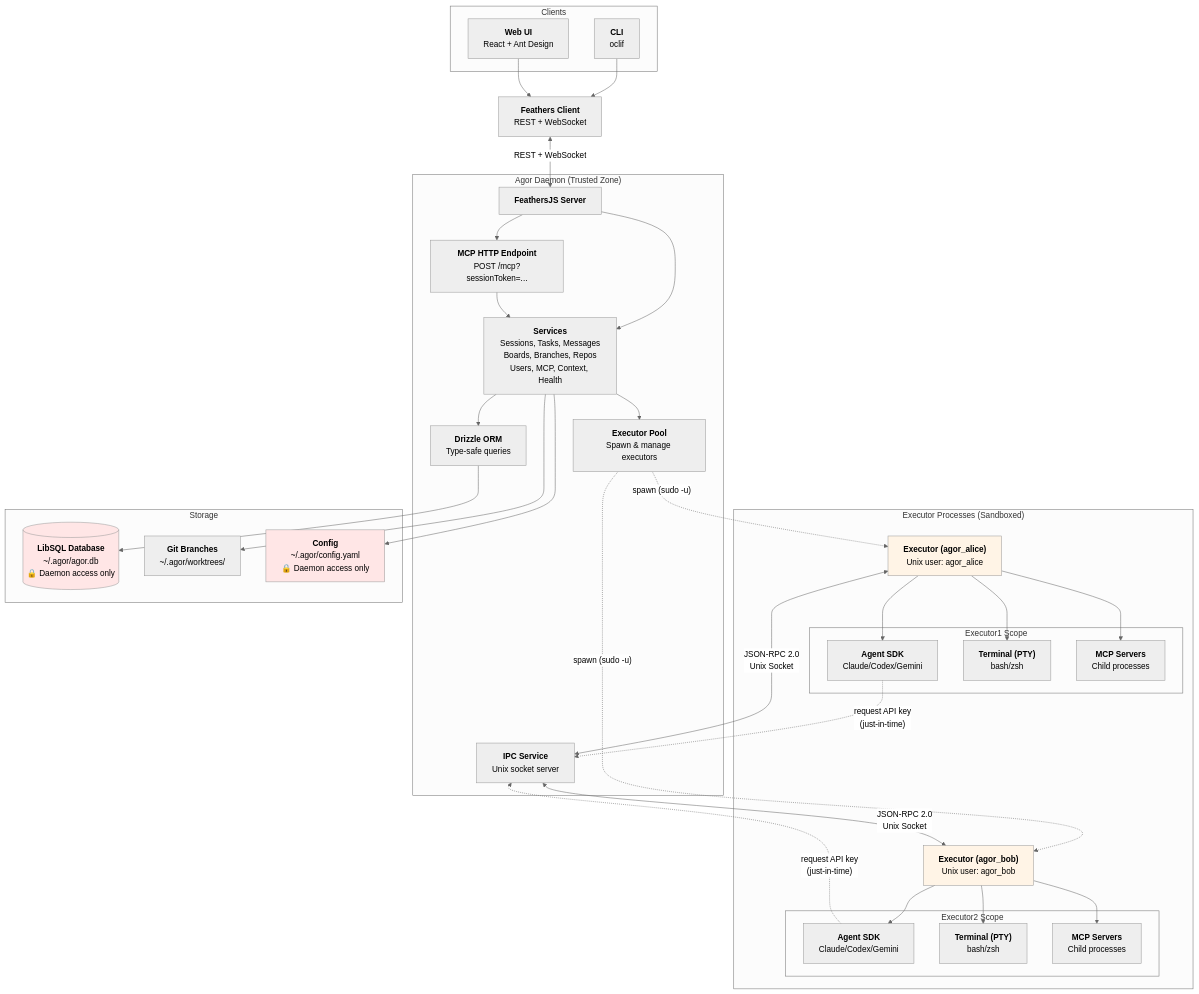
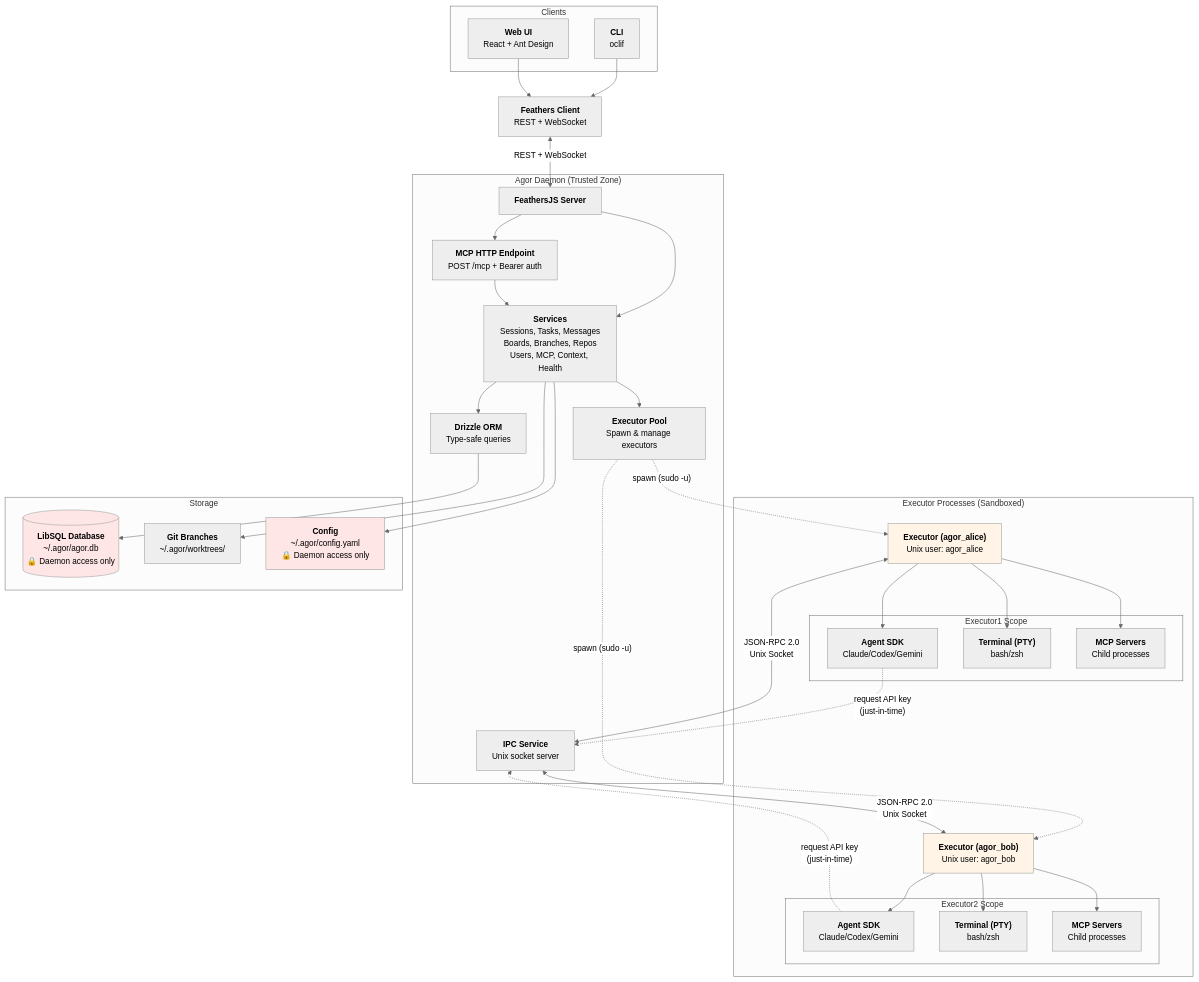
One commit to preset-io/agor changed the first of 2 diagrams in apps/agor-docs/content/guide/architecture.mdx. Above: the diagram before and after it, drawn with Mermaid (neutral theme). The commit also changed 45 other files, not shown here.

````diff
--- a/apps/agor-docs/content/guide/architecture.mdx
+++ b/apps/agor-docs/content/guide/architecture.mdx
@@ -16,77 +16,77 @@
 ```mermaid
 graph TB
     subgraph Clients
         CLI["<b>CLI</b><br/>oclif"]
         UI["<b>Web UI</b><br/>React + Ant Design"]
     end
 
     Client["<b>Feathers Client</b><br/>REST + WebSocket"]
 
     subgraph "Agor Daemon (Trusted Zone)"
         Feathers["<b>FeathersJS Server</b>"]
-        MCP["<b>MCP HTTP Endpoint</b><br/>POST /mcp?sessionToken=..."]
+        MCP["<b>MCP HTTP Endpoint</b><br/>POST /mcp + Bearer auth"]
         Services["<b>Services</b><br/>Sessions, Tasks, Messages<br/>Boards, Branches, Repos<br/>Users, MCP, Context, Health"]
         ExecutorPool["<b>Executor Pool</b><br/>Spawn & manage executors"]
         IPCService["<b>IPC Service</b><br/>Unix socket server"]
         ORM["<b>Drizzle ORM</b><br/>Type-safe queries"]
     end
 
     subgraph "Executor Processes (Sandboxed)"
         Executor1["<b>Executor (agor_alice)</b><br/>Unix user: agor_alice"]
         Executor2["<b>Executor (agor_bob)</b><br/>Unix user: agor_bob"]
 
         subgraph "Executor1 Scope"
             SDK1["<b>Agent SDK</b><br/>Claude/Codex/Gemini"]
             Terminal1["<b>Terminal (PTY)</b><br/>bash/zsh"]
             MCPServers1["<b>MCP Servers</b><br/>Child processes"]
         end
 
         subgraph "Executor2 Scope"
             SDK2["<b>Agent SDK</b><br/>Claude/Codex/Gemini"]
             Terminal2["<b>Terminal (PTY)</b><br/>bash/zsh"]
             MCPServers2["<b>MCP Servers</b><br/>Child processes"]
         end
     end
 
     subgraph Storage
         DB[("<b>LibSQL Database</b><br/>~/.agor/agor.db<br/>🔒 Daemon access only")]
         Git["<b>Git Branches</b><br/>~/.agor/worktrees/"]
         Config["<b>Config</b><br/>~/.agor/config.yaml<br/>🔒 Daemon access only"]
     end
 
     CLI --> Client
     UI --> Client
     Client <-->|REST + WebSocket| Feathers
 
     Feathers --> Services
     Feathers --> MCP
     MCP --> Services
     Services --> ORM
     Services --> ExecutorPool
 
     ExecutorPool -.->|"spawn (sudo -u)"| Executor1
     ExecutorPool -.->|"spawn (sudo -u)"| Executor2
 
     IPCService <-->|"JSON-RPC 2.0<br/>Unix Socket"| Executor1
     IPCService <-->|"JSON-RPC 2.0<br/>Unix Socket"| Executor2
 
     Executor1 --> SDK1
     Executor1 --> Terminal1
     Executor1 --> MCPServers1
 
     Executor2 --> SDK2
     Executor2 --> Terminal2
     Executor2 --> MCPServers2
 
     ORM --> DB
     Services --> Git
     Services --> Config
 
     SDK1 -.->|"request API key<br/>(just-in-time)"| IPCService
     SDK2 -.->|"request API key<br/>(just-in-time)"| IPCService
 
     style Executor1 fill:#fff4e6
     style Executor2 fill:#fff4e6
     style DB fill:#ffe6e6
     style Config fill:#ffe6e6
 ```
````
